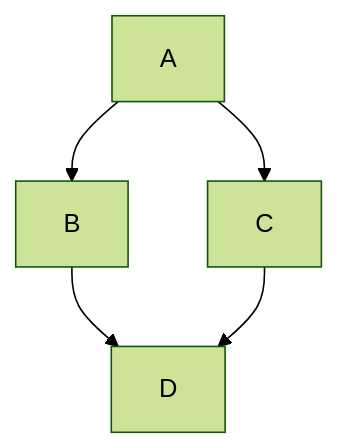
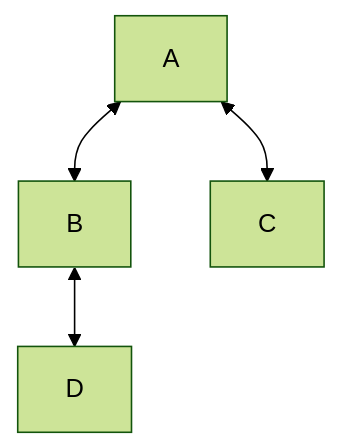
Before and after one commit to Soto92/algorithms: the second of 2 diagrams in src/graphNotes.md, drawn with Mermaid (forest theme). The commit also changed 1 other file, not shown here.

````diff
--- a/src/graphNotes.md
+++ b/src/graphNotes.md
@@ -18,7 +18,6 @@
 ```mermaid
-graph TD;
-  A --> B;
-  A --> C;
-  B --> D;
-  C --> D;
+flowchart TD;
+  A <--> B;
+  A <--> C;
+  B <--> D;
 ```
````
